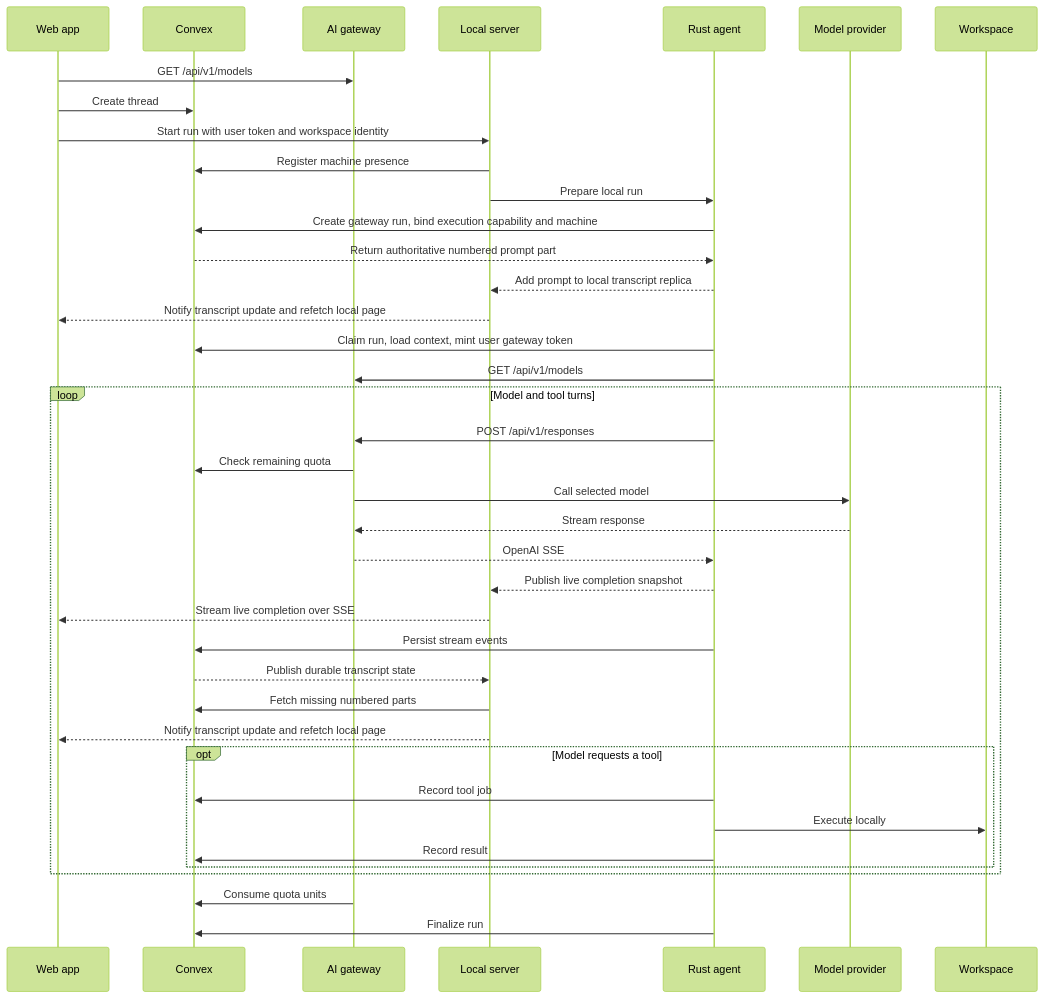
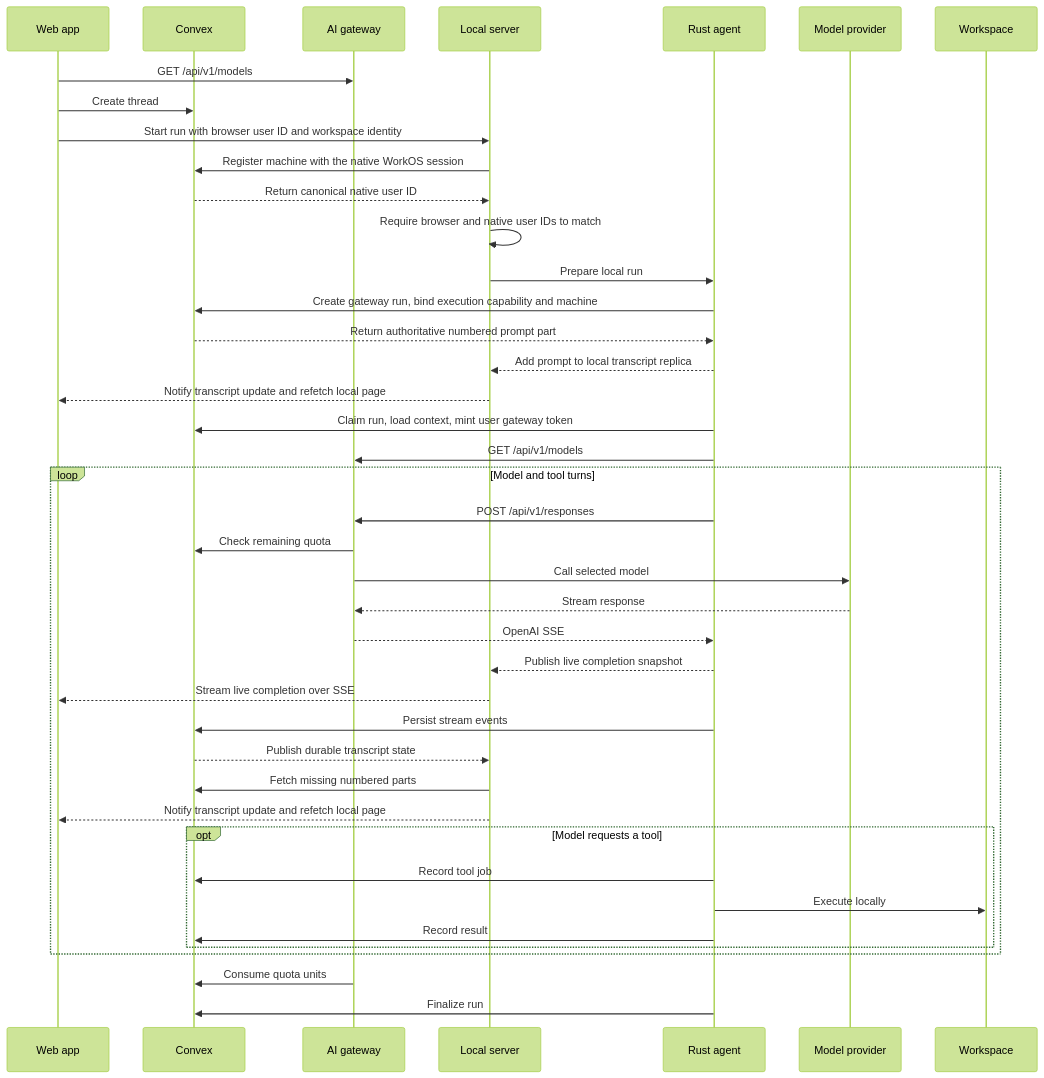
The second of 2 diagrams in ARCHITECTURE.md (spikonado/sprocket), drawn with Mermaid (forest theme) before and after one commit. The commit also changed other lines of this file and 24 other files, not shown here.

Commit message:
fix: Switch to native WorkOS sessions (#274)

````diff
--- a/ARCHITECTURE.md
+++ b/ARCHITECTURE.md
@@ -133,42 +139,44 @@
 ```mermaid
 sequenceDiagram
     participant UI as Web app
     participant C as Convex
     participant G as AI gateway
     participant S as Local server
     participant A as Rust agent
     participant M as Model provider
     participant W as Workspace
 
     UI->>G: GET /api/v1/models
     UI->>C: Create thread
-    UI->>S: Start run with user token and workspace identity
-    S->>C: Register machine presence
+    UI->>S: Start run with browser user ID and workspace identity
+    S->>C: Register machine with the native WorkOS session
+    C-->>S: Return canonical native user ID
+    S->>S: Require browser and native user IDs to match
     S->>A: Prepare local run
     A->>C: Create gateway run, bind execution capability and machine
     C-->>A: Return authoritative numbered prompt part
     A-->>S: Add prompt to local transcript replica
     S-->>UI: Notify transcript update and refetch local page
     A->>C: Claim run, load context, mint user gateway token
     A->>G: GET /api/v1/models
     loop Model and tool turns
         A->>G: POST /api/v1/responses
         G->>C: Check remaining quota
         G->>M: Call selected model
         M-->>G: Stream response
         G-->>A: OpenAI SSE
         A-->>S: Publish live completion snapshot
         S-->>UI: Stream live completion over SSE
         A->>C: Persist stream events
         C-->>S: Publish durable transcript state
         S->>C: Fetch missing numbered parts
         S-->>UI: Notify transcript update and refetch local page
         opt Model requests a tool
             A->>C: Record tool job
             A->>W: Execute locally
             A->>C: Record result
         end
     end
     G->>C: Consume quota units
     A->>C: Finalize run
 ```
````
